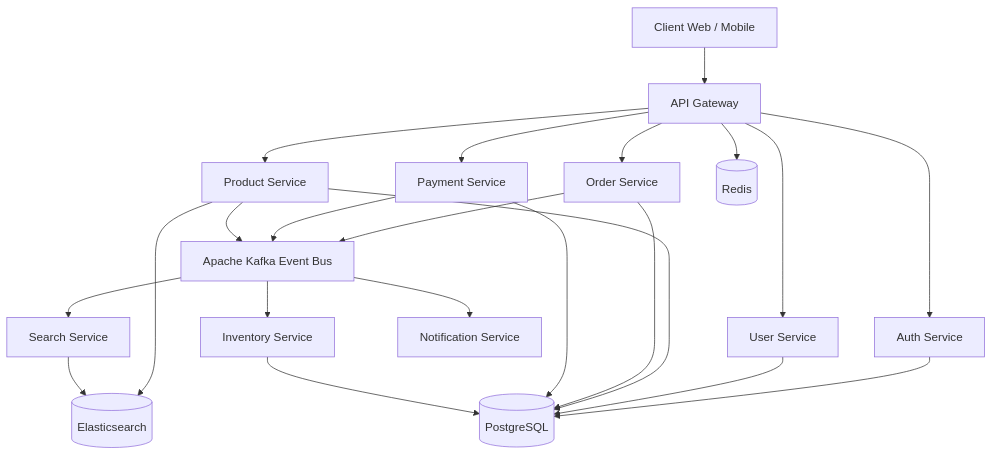
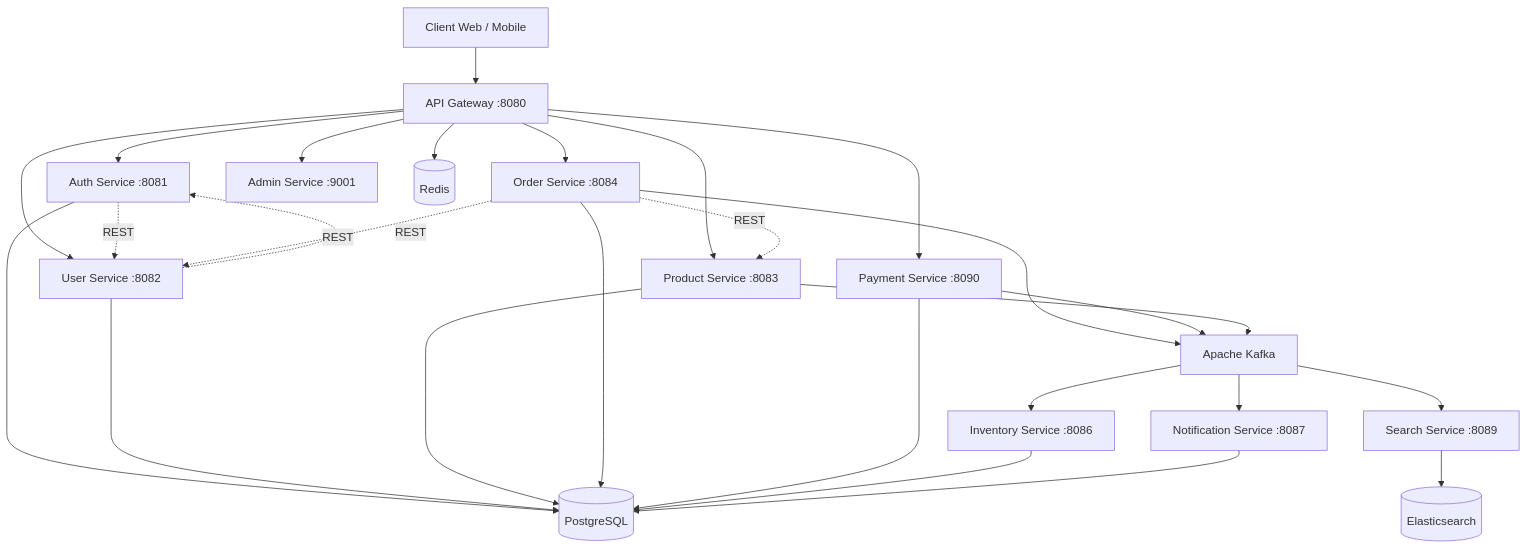
Before and after one commit to rea1dias/ShopGrid: the diagram in README.md, drawn with Mermaid. The commit also changed other lines of this file, not shown here.

````diff
--- a/README.md
+++ b/README.md
@@ -15,30 +15,36 @@
 ```mermaid
 flowchart TD
-    Client[Client Web / Mobile] --> Gateway[API Gateway]
+    Client[Client Web / Mobile] --> Gateway[API Gateway :8080]
 
-    Gateway --> Auth[Auth Service]
-    Gateway --> User[User Service]
-    Gateway --> Product[Product Service]
-    Gateway --> Order[Order Service]
-    Gateway --> Payment[Payment Service]
+    Gateway --> Auth[Auth Service :8081]
+    Gateway --> User[User Service :8082]
+    Gateway --> Product[Product Service :8083]
+    Gateway --> Order[Order Service :8084]
+    Gateway --> Payment[Payment Service :8090]
+    Gateway --> Admin[Admin Service :9001]
 
-    Order --> Kafka[Apache Kafka Event Bus]
+    Order --> Kafka[Apache Kafka]
     Payment --> Kafka
     Product --> Kafka
 
-    Kafka --> Inventory[Inventory Service]
-    Kafka --> Notification[Notification Service]
-    Kafka --> Search[Search Service]
+    Kafka --> Inventory[Inventory Service :8086]
+    Kafka --> Notification[Notification Service :8087]
+    Kafka --> Search[Search Service :8089]
 
-    Product --> Elasticsearch[(Elasticsearch)]
-    Search --> Elasticsearch
+    Search --> Elasticsearch[(Elasticsearch)]
 
     Auth --> PostgreSQL[(PostgreSQL)]
     User --> PostgreSQL
     Product --> PostgreSQL
     Order --> PostgreSQL
     Payment --> PostgreSQL
     Inventory --> PostgreSQL
+    Notification --> PostgreSQL
 
     Gateway --> Redis[(Redis)]
+
+    Auth -.->|REST| User
+    User -.->|REST| Auth
+    Order -.->|REST| Product
+    Order -.->|REST| User
 ```
````
